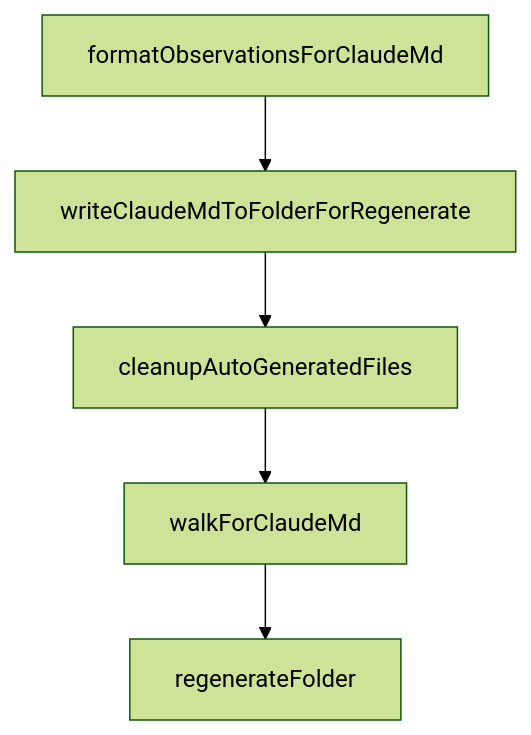
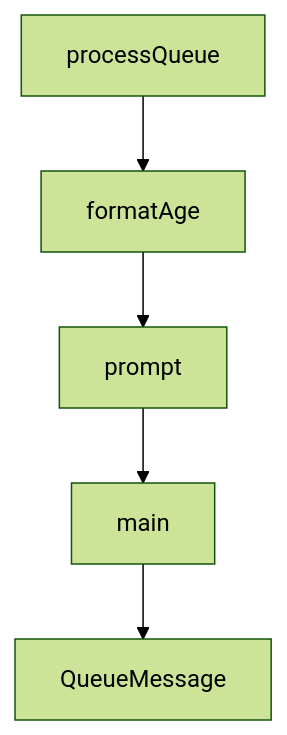
The diagram in tutorials/claude-mem-tutorial/07-troubleshooting-recovery-and-reliability.md (johnxie/awesome-code-docs), drawn with Mermaid (forest theme) before and after one commit. The commit also changed other lines of this file and 1232 other files, not shown here.

````diff
--- a/tutorials/claude-mem-tutorial/07-troubleshooting-recovery-and-reliability.md
+++ b/tutorials/claude-mem-tutorial/07-troubleshooting-recovery-and-reliability.md
@@ -220,12 +218,12 @@
 ```mermaid
 flowchart TD
-    A[formatObservationsForClaudeMd]
-    B[writeClaudeMdToFolderForRegenerate]
-    C[cleanupAutoGeneratedFiles]
-    D[walkForClaudeMd]
-    E[regenerateFolder]
+    A[processQueue]
+    B[formatAge]
+    C[prompt]
+    D[main]
+    E[QueueMessage]
     A --> B
     B --> C
     C --> D
     D --> E
 ```
````
